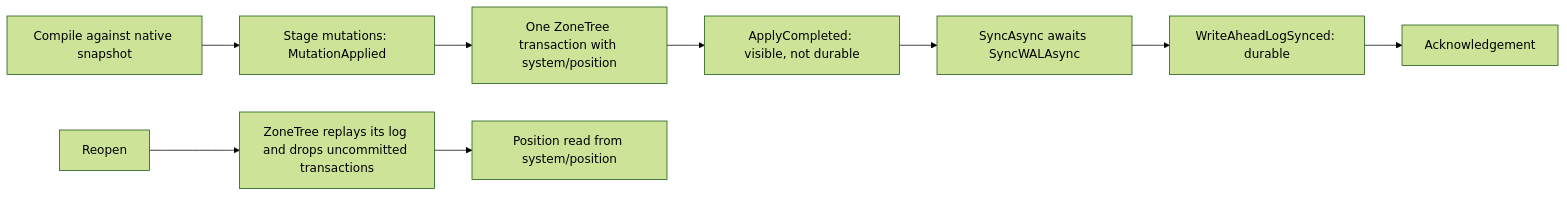
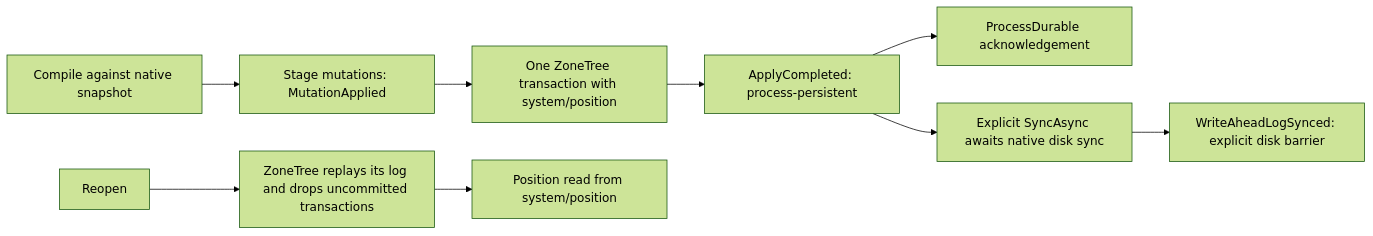
Before and after one commit to managedcode/KeyLoad: the first of 6 diagrams in docs/Features/StorageRecovery.md, drawn with Mermaid (forest theme). The commit also changed other lines of this file and 30 other files, not shown here.

First line of the commit message:
Publish process-persistent native WAL writes without per-batch disk sync

````diff
--- a/docs/Features/StorageRecovery.md
+++ b/docs/Features/StorageRecovery.md
@@ -29,11 +29,11 @@
 ```mermaid
 flowchart LR
     Compile[Compile against native snapshot] --> Stage[Stage mutations: MutationApplied]
     Stage --> Commit[One ZoneTree transaction with system/position]
-    Commit --> Visible[ApplyCompleted: visible, not durable]
-    Visible --> Sync[SyncAsync awaits SyncWALAsync]
-    Sync --> Synced[WriteAheadLogSynced: durable]
-    Synced --> Ack[Acknowledgement]
+    Commit --> Visible[ApplyCompleted: process-persistent]
+    Visible --> Ack[ProcessDurable acknowledgement]
+    Visible --> Sync[Explicit SyncAsync awaits native disk sync]
+    Sync --> Synced[WriteAheadLogSynced: explicit disk barrier]
     Reopen[Reopen] --> Replay[ZoneTree replays its log and drops uncommitted transactions]
     Replay --> Position[Position read from system/position]
 ```
````
